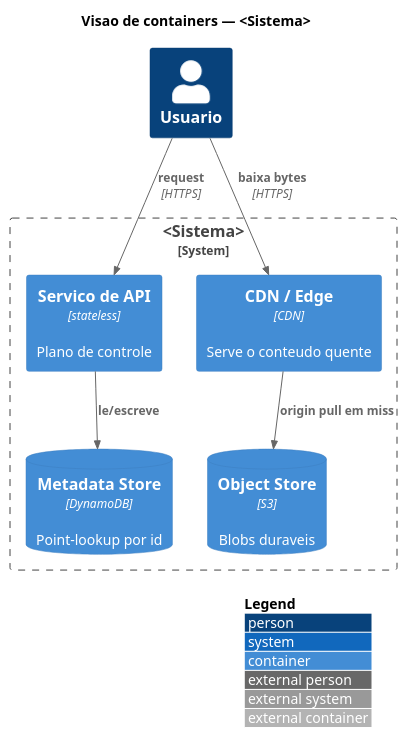
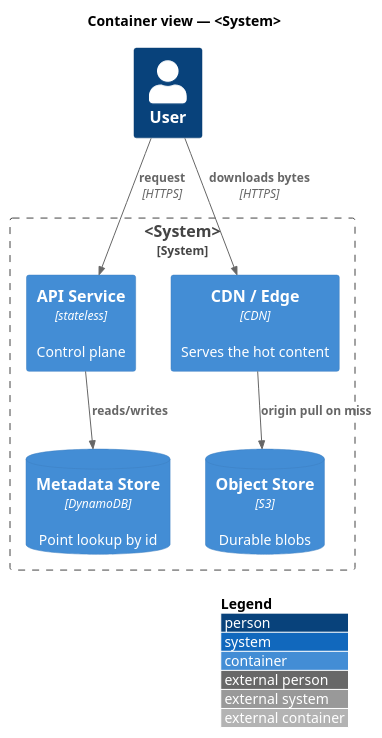
The diagram in templates/publish/figures-example/10-containers.puml (cmarcond/prumo), drawn with PlantUML before and after one commit. The commit also changed other lines of this file and 27 other files, not shown here.

```diff
--- a/templates/publish/figures-example/10-containers.puml
+++ b/templates/publish/figures-example/10-containers.puml
@@ -5,18 +5,18 @@
 @startuml
 !include <C4/C4_Container>
 LAYOUT_WITH_LEGEND()
-title Visao de containers — <Sistema>
+title Container view — <System>
 
-Person(user, "Usuario")
-System_Boundary(s, "<Sistema>") {
-  Container(api, "Servico de API", "stateless", "Plano de controle")
-  ContainerDb(meta, "Metadata Store", "DynamoDB", "Point-lookup por id")
-  ContainerDb(blob, "Object Store", "S3", "Blobs duraveis")
-  Container(edge, "CDN / Edge", "CDN", "Serve o conteudo quente")
+Person(user, "User")
+System_Boundary(s, "<System>") {
+  Container(api, "API Service", "stateless", "Control plane")
+  ContainerDb(meta, "Metadata Store", "DynamoDB", "Point lookup by id")
+  ContainerDb(blob, "Object Store", "S3", "Durable blobs")
+  Container(edge, "CDN / Edge", "CDN", "Serves the hot content")
 }
 
 Rel(user, api, "request", "HTTPS")
-Rel(api, meta, "le/escreve")
-Rel(user, edge, "baixa bytes", "HTTPS")
-Rel(edge, blob, "origin pull em miss")
+Rel(api, meta, "reads/writes")
+Rel(user, edge, "downloads bytes", "HTTPS")
+Rel(edge, blob, "origin pull on miss")
 @enduml
```
